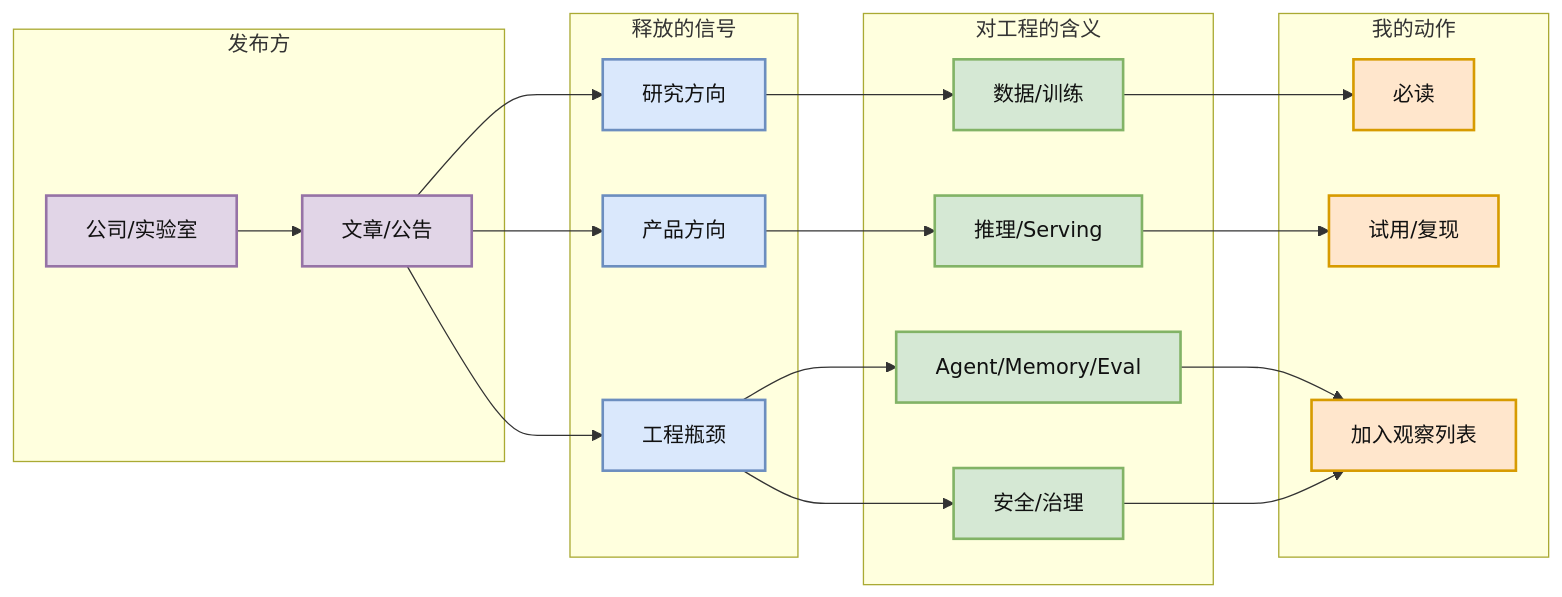
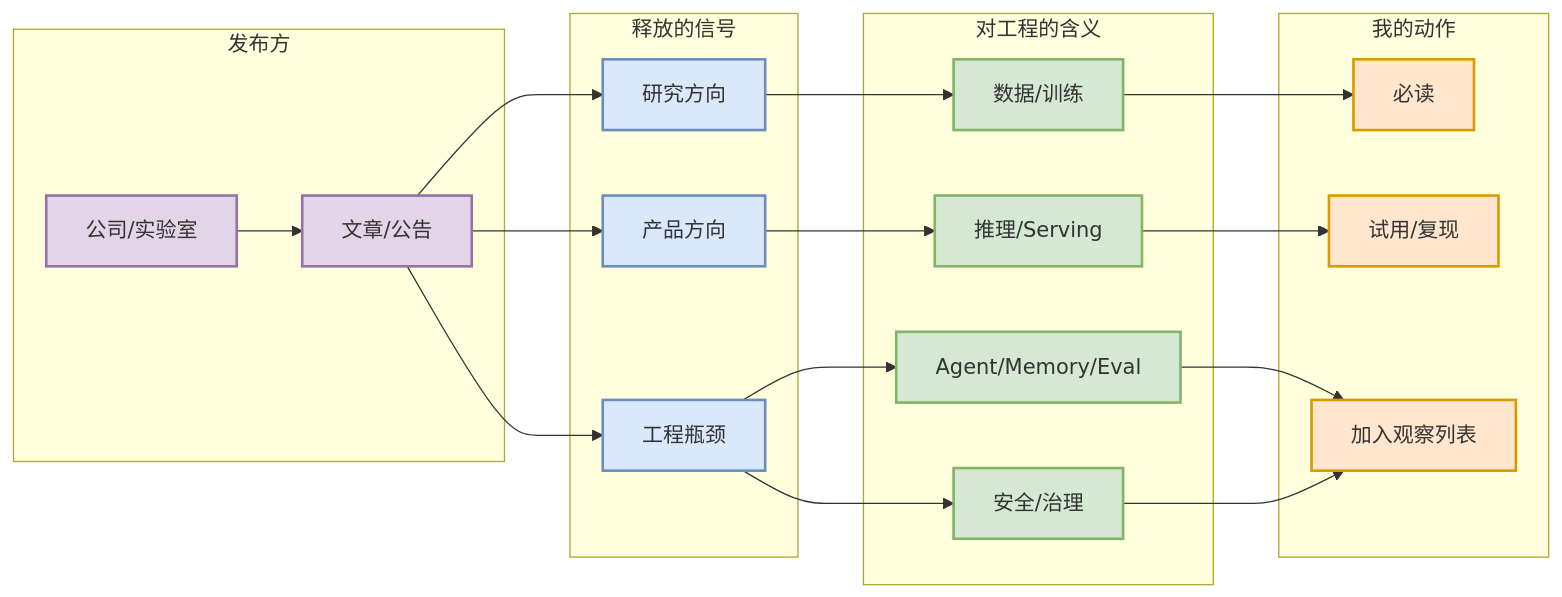
One commit to dyt27666-oss/AI-news-report-obsidians changed the second of 6 diagrams in Templates/mermaid-patterns.md. Above: the diagram before and after it, drawn with Mermaid. The commit also changed other lines of this file, not shown here.

Commit message:
Expand Mermaid pattern library

````diff
--- a/Templates/mermaid-patterns.md
+++ b/Templates/mermaid-patterns.md
@@ -52,47 +61,47 @@
 ```mermaid
 flowchart LR
   subgraph Source[发布方]
     C[公司/实验室]
     A[文章/公告]
   end
 
   subgraph Signal[释放的信号]
     S1[产品方向]
     S2[研究方向]
     S3[工程瓶颈]
   end
 
   subgraph Infra[对工程的含义]
     I1[数据/训练]
     I2[推理/Serving]
     I3[Agent/Memory/Eval]
     I4[安全/治理]
   end
 
   subgraph Action[我的动作]
     R1[必读]
     R2[试用/复现]
     R3[加入观察列表]
   end
 
   C --> A --> S1
   A --> S2
   A --> S3
   S1 --> I2
   S2 --> I1
   S3 --> I3
   S3 --> I4
   I1 --> R1
   I2 --> R2
   I3 --> R3
   I4 --> R3
 
-  classDef company fill:#e1d5e7,stroke:#9673a6,stroke-width:2px,color:#111;
-  classDef signal fill:#dae8fc,stroke:#6c8ebf,stroke-width:2px,color:#111;
-  classDef infra fill:#d5e8d4,stroke:#82b366,stroke-width:2px,color:#111;
-  classDef action fill:#ffe6cc,stroke:#d79b00,stroke-width:2px,color:#111;
+  classDef company fill:#e1d5e7,stroke:#9673a6,stroke-width:2px;
+  classDef signal  fill:#dae8fc,stroke:#6c8ebf,stroke-width:2px;
+  classDef infra   fill:#d5e8d4,stroke:#82b366,stroke-width:2px;
+  classDef action  fill:#ffe6cc,stroke:#d79b00,stroke-width:2px;
   class C,A company;
   class S1,S2,S3 signal;
   class I1,I2,I3,I4 infra;
   class R1,R2,R3 action;
 ```
````
